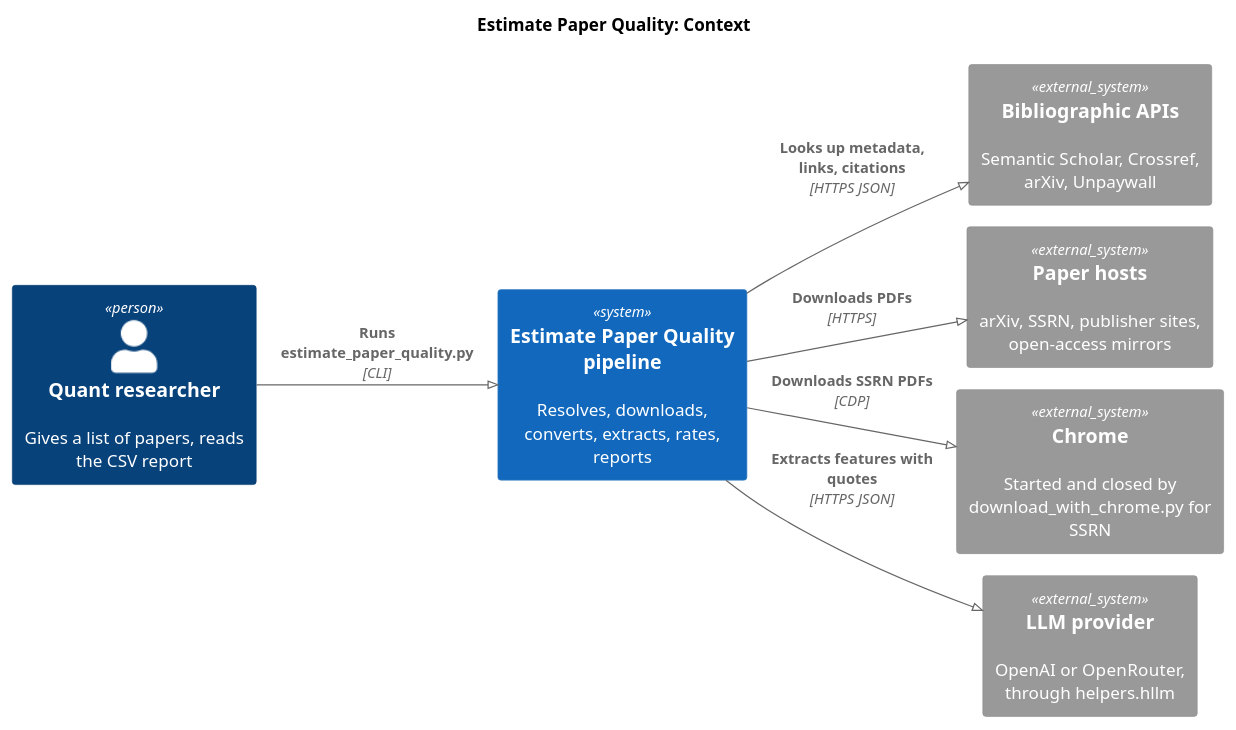
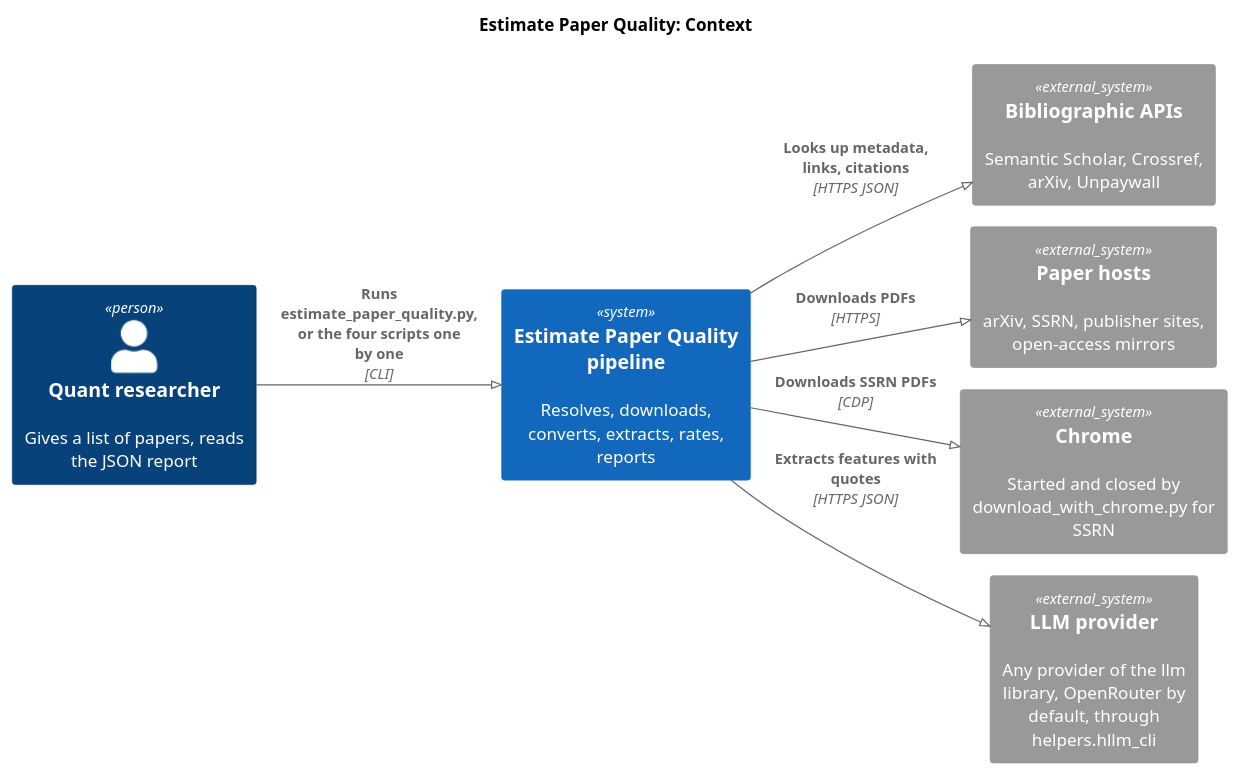
The first of 2 diagrams in research/Estimate_academic_paper_quality/docs/02-design.architecture.md (gpsaggese/gpsaggese.github.io), drawn with PlantUML before and after one commit. The commit also changed other lines of this file and 98 other files, not shown here.

````diff
--- a/research/Estimate_academic_paper_quality/docs/02-design.architecture.md
+++ b/research/Estimate_academic_paper_quality/docs/02-design.architecture.md
@@ -50,17 +56,17 @@
 ```plantuml
 !pragma layout smetana
 !include <C4/C4_Context>
 LAYOUT_LEFT_RIGHT()
 title Estimate Paper Quality: Context
-Person(user, "Quant researcher", "Gives a list of papers, reads the CSV report")
+Person(user, "Quant researcher", "Gives a list of papers, reads the JSON report")
 System(epq, "Estimate Paper Quality pipeline", "Resolves, downloads, converts, extracts, rates, reports")
 System_Ext(bib, "Bibliographic APIs", "Semantic Scholar, Crossref, arXiv, Unpaywall")
 System_Ext(sites, "Paper hosts", "arXiv, SSRN, publisher sites, open-access mirrors")
 System_Ext(chrome, "Chrome", "Started and closed by download_with_chrome.py for SSRN")
-System_Ext(llm, "LLM provider", "OpenAI or OpenRouter, through helpers.hllm")
-Rel(user, epq, "Runs estimate_paper_quality.py", "CLI")
+System_Ext(llm, "LLM provider", "Any provider of the llm library, OpenRouter by default, through helpers.hllm_cli")
+Rel(user, epq, "Runs estimate_paper_quality.py, or the four scripts one by one", "CLI")
 Rel(epq, bib, "Looks up metadata, links, citations", "HTTPS JSON")
 Rel(epq, sites, "Downloads PDFs", "HTTPS")
 Rel(epq, chrome, "Downloads SSRN PDFs", "CDP")
 Rel(epq, llm, "Extracts features with quotes", "HTTPS JSON")
 ```
````
